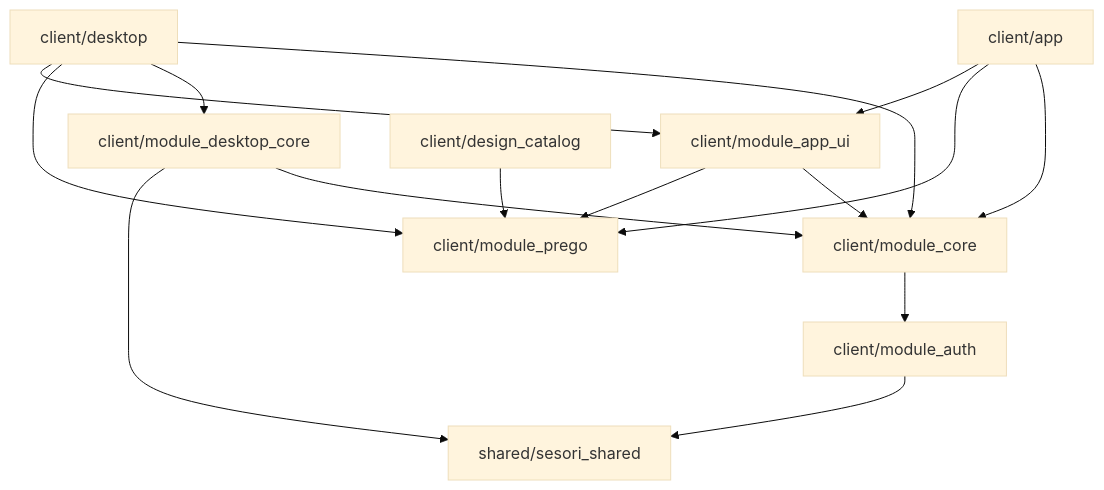
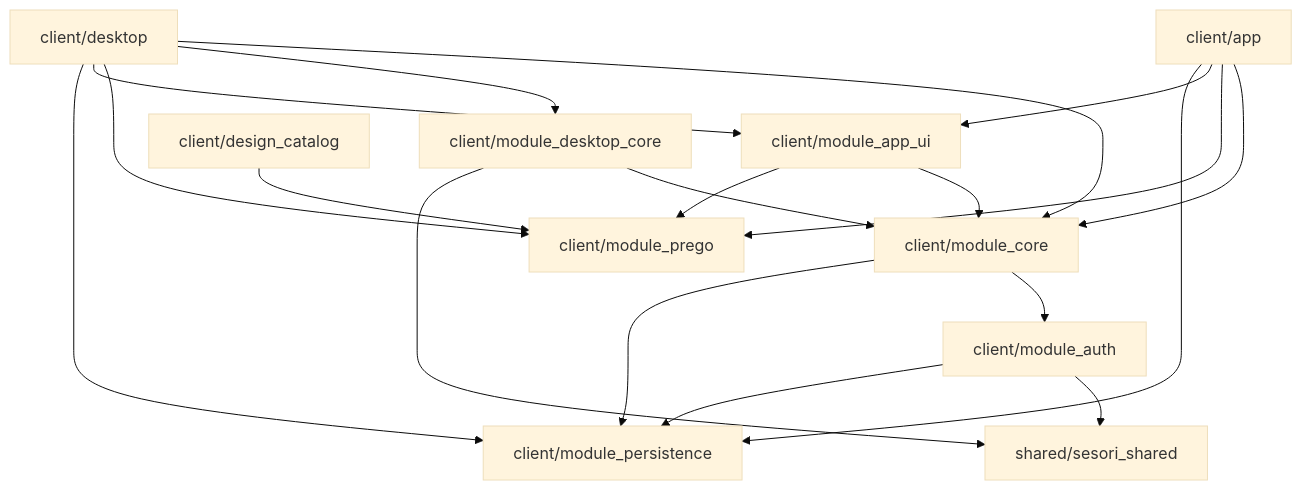
One commit to sesori-ai/sesori_apps_monorepo changed the diagram in client/README.md. Above: the diagram before and after it, drawn with Mermaid (base theme). The commit also changed other lines of this file and 6 other files, not shown here.

````diff
--- a/client/README.md
+++ b/client/README.md
@@ -21,20 +22,24 @@
 ```mermaid
 graph TD
   mobile[client/app] --> core[client/module_core]
   mobile --> prego[client/module_prego]
   mobile --> app_ui[client/module_app_ui]
 
   desktop[client/desktop] --> core
   desktop --> desktop_core[client/module_desktop_core]
   desktop --> prego
   desktop --> app_ui
 
   catalog[client/design_catalog] --> prego
 
   app_ui --> core
   app_ui --> prego
   desktop_core --> core
   desktop_core --> shared[shared/sesori_shared]
   core --> auth[client/module_auth]
   auth --> shared
+  core --> persistence[client/module_persistence]
+  auth --> persistence
+  mobile --> persistence
+  desktop --> persistence
 ```
````
